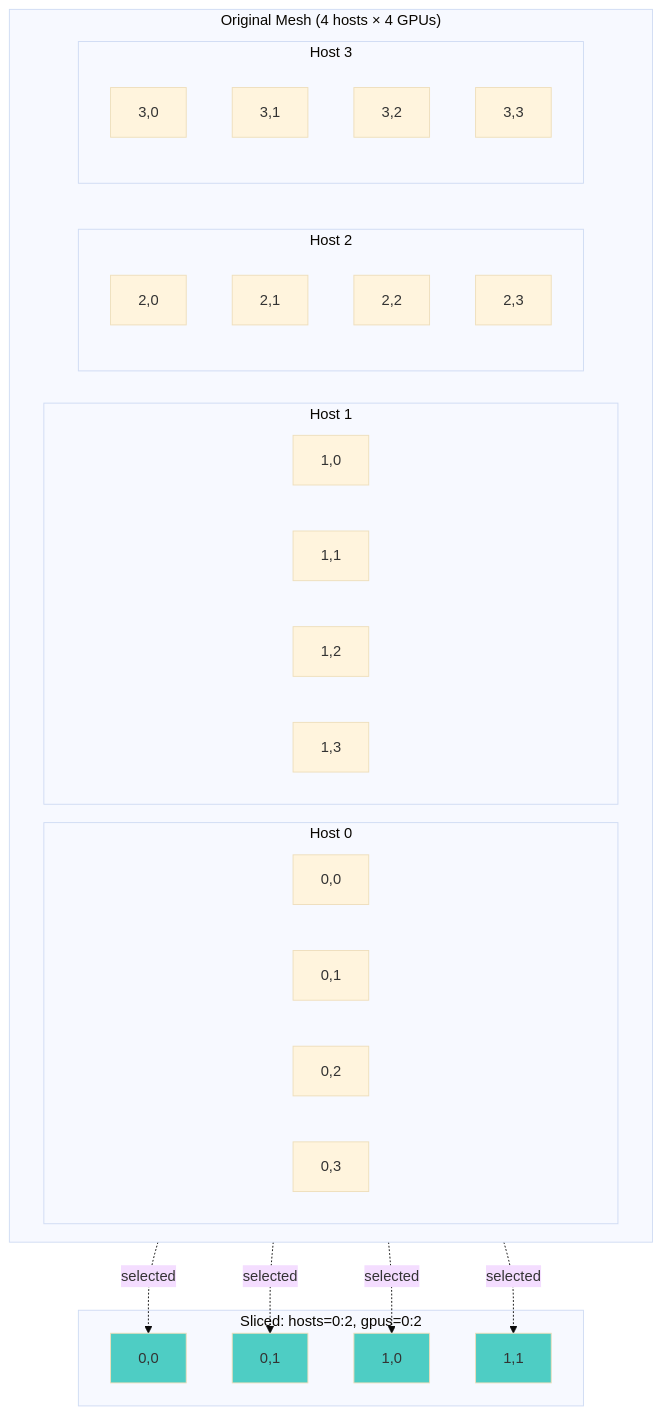
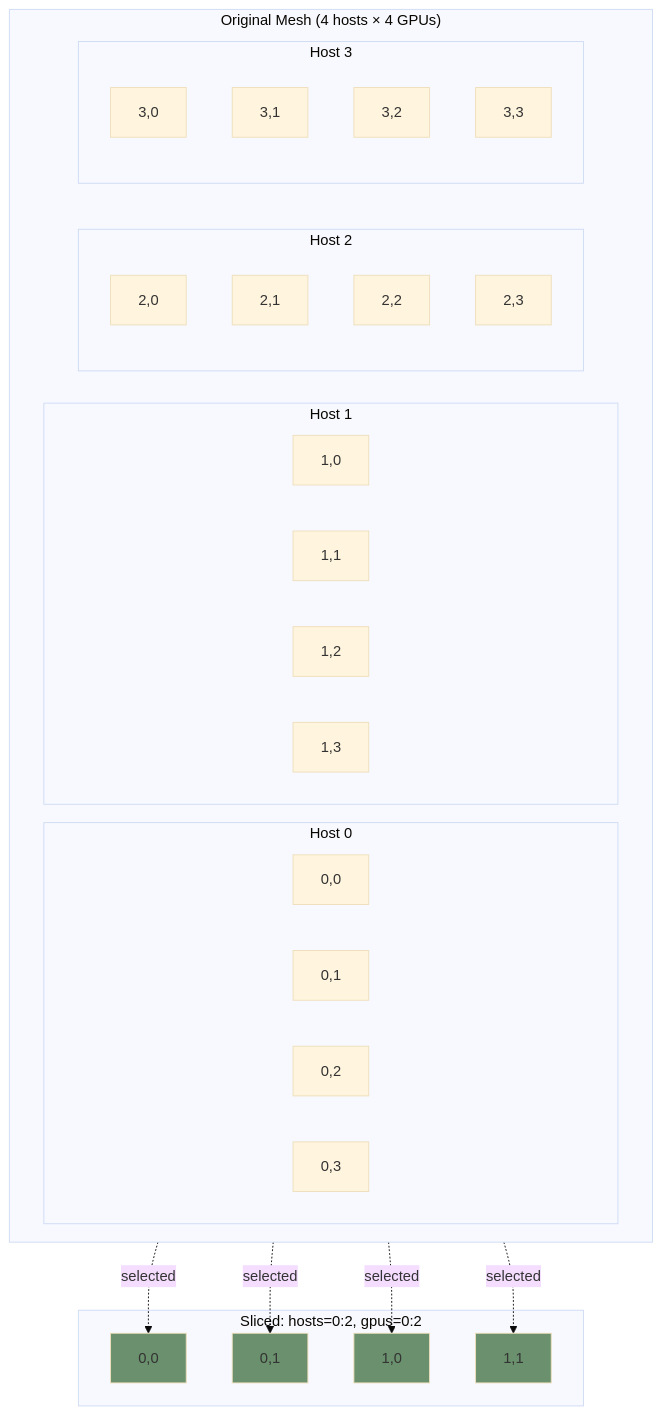
The ninth of 15 diagrams in docs/MESHES.md (AlirezaShamsoshoara/monarch), drawn with Mermaid (base theme) before and after one commit. The commit also changed other lines of this file, not shown here.

````diff
--- a/docs/MESHES.md
+++ b/docs/MESHES.md
@@ -434,47 +434,47 @@
 ```mermaid
 graph TB
     subgraph Original["Original Mesh (4 hosts × 4 GPUs)"]
         direction LR
         subgraph H0[Host 0]
             H0G0[0,0]
             H0G1[0,1]
             H0G2[0,2]
             H0G3[0,3]
         end
         subgraph H1[Host 1]
             H1G0[1,0]
             H1G1[1,1]
             H1G2[1,2]
             H1G3[1,3]
         end
         subgraph H2[Host 2]
             H2G0[2,0]
             H2G1[2,1]
             H2G2[2,2]
             H2G3[2,3]
         end
         subgraph H3[Host 3]
             H3G0[3,0]
             H3G1[3,1]
             H3G2[3,2]
             H3G3[3,3]
         end
     end
 
     subgraph Sliced["Sliced: hosts=0:2, gpus=0:2"]
         S00[0,0]
         S01[0,1]
         S10[1,0]
         S11[1,1]
     end
 
     H0G0 -.->|selected| S00
     H0G1 -.->|selected| S01
     H1G0 -.->|selected| S10
     H1G1 -.->|selected| S11
 
-    style S00 fill:#4ecdc4
-    style S01 fill:#4ecdc4
-    style S10 fill:#4ecdc4
-    style S11 fill:#4ecdc4
+    style S00 fill:#6a906d
+    style S01 fill:#6a906d
+    style S10 fill:#6a906d
+    style S11 fill:#6a906d
 ```
````
